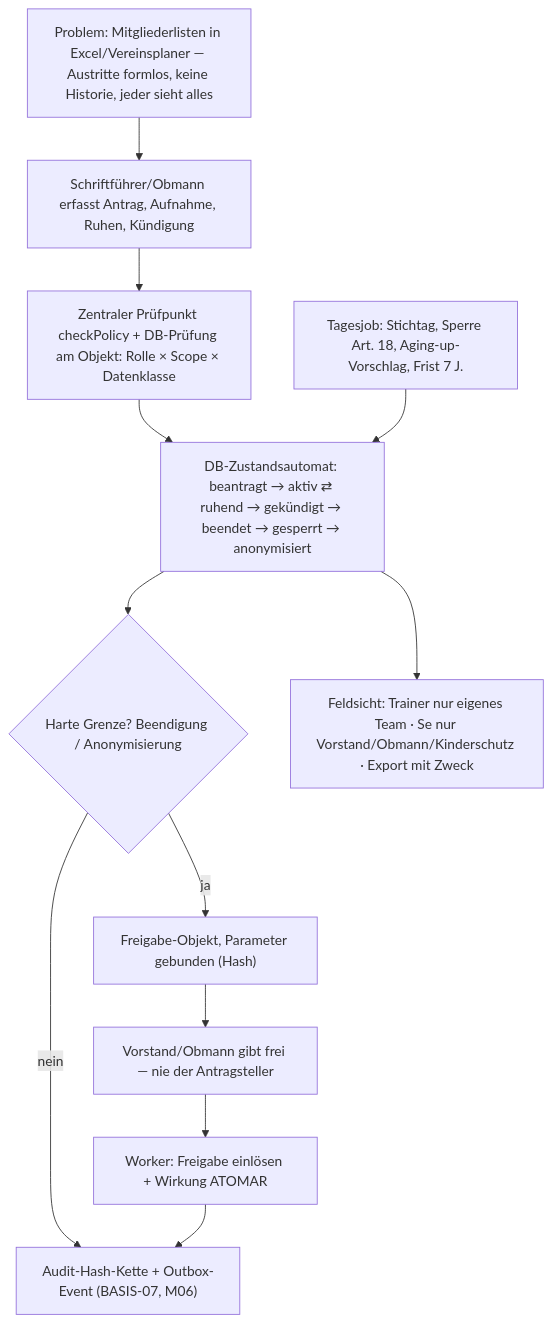
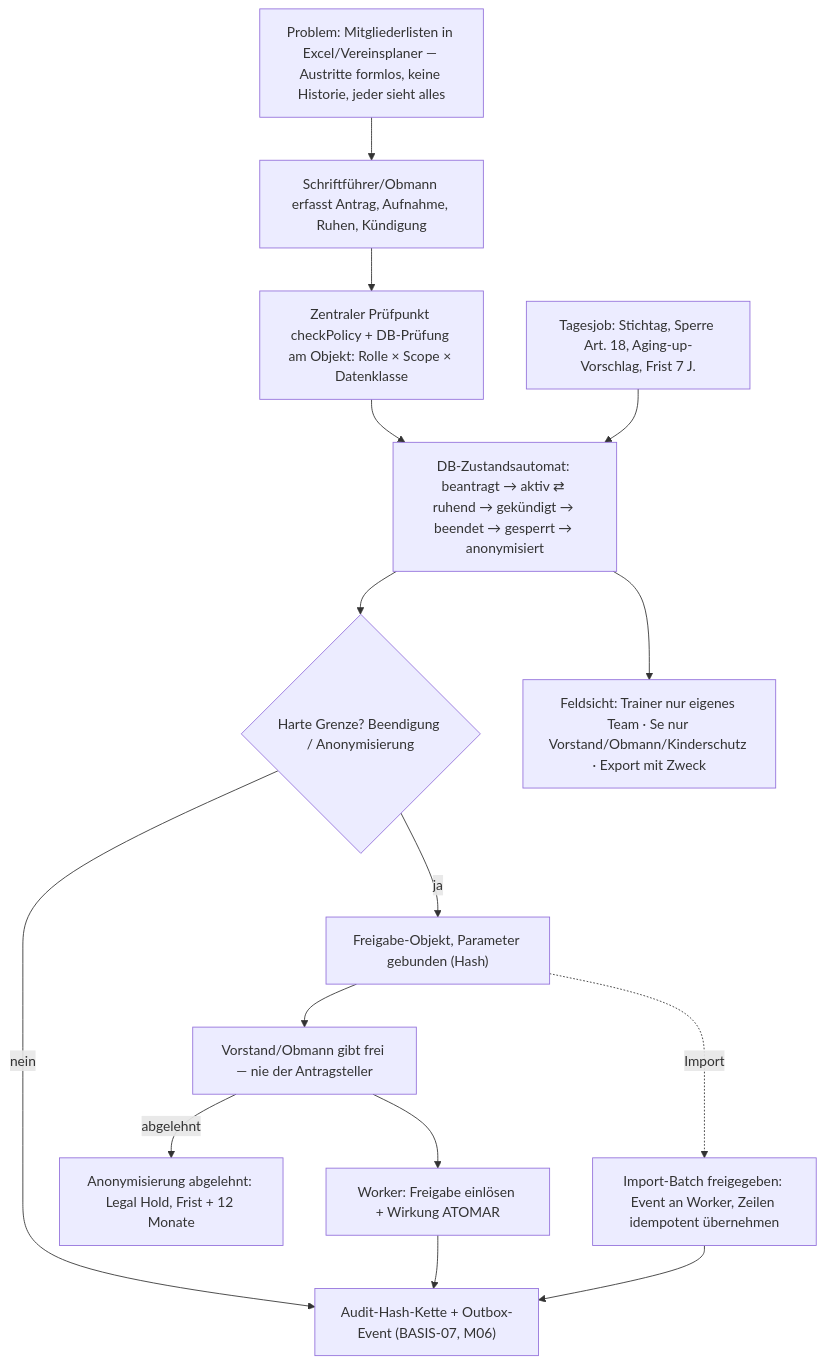
The diagram in docs/bausteine/VV-M05.md (critter4405-ux/VV), drawn with Mermaid before and after one commit. The commit also changed other lines of this file and 34 other files, not shown here.

````diff
--- a/docs/bausteine/VV-M05.md
+++ b/docs/bausteine/VV-M05.md
@@ -74,20 +94,24 @@
 ```mermaid
 flowchart TB
     P["Problem: Mitgliederlisten in Excel/Vereinsplaner — Austritte formlos, keine Historie, jeder sieht alles"]
     A["Schriftführer/Obmann erfasst Antrag, Aufnahme, Ruhen, Kündigung"]
     CHK["Zentraler Prüfpunkt checkPolicy + DB-Prüfung am Objekt: Rolle × Scope × Datenklasse"]
     SM["DB-Zustandsautomat: beantragt → aktiv ⇄ ruhend → gekündigt → beendet → gesperrt → anonymisiert"]
     HG{"Harte Grenze? Beendigung / Anonymisierung"}
     FO["Freigabe-Objekt, Parameter gebunden (Hash)"]
     VA["Vorstand/Obmann gibt frei — nie der Antragsteller"]
     EX["Worker: Freigabe einlösen + Wirkung ATOMAR"]
     OUT["Audit-Hash-Kette + Outbox-Event (BASIS-07, M06)"]
     JOB["Tagesjob: Stichtag, Sperre Art. 18, Aging-up-Vorschlag, Frist 7 J."]
+    LH["Anonymisierung abgelehnt: Legal Hold, Frist + 12 Monate"]
+    IMP["Import-Batch freigegeben: Event an Worker, Zeilen idempotent übernehmen"]
     SICHT["Feldsicht: Trainer nur eigenes Team · Se nur Vorstand/Obmann/Kinderschutz · Export mit Zweck"]
     P --> A --> CHK --> SM
     SM --> HG
     HG -->|nein| OUT
     HG -->|ja| FO --> VA --> EX --> OUT
     JOB --> SM
+    VA -->|abgelehnt| LH
+    FO -.->|Import| IMP --> OUT
     SM --> SICHT
 ```
````
